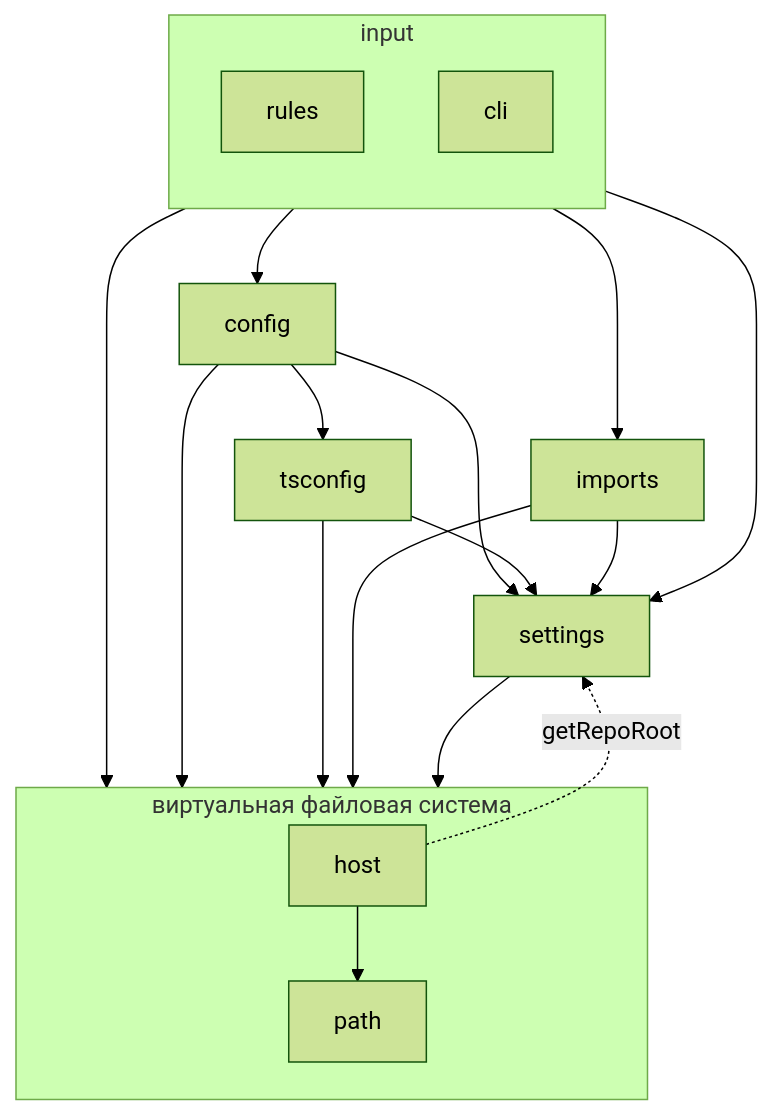
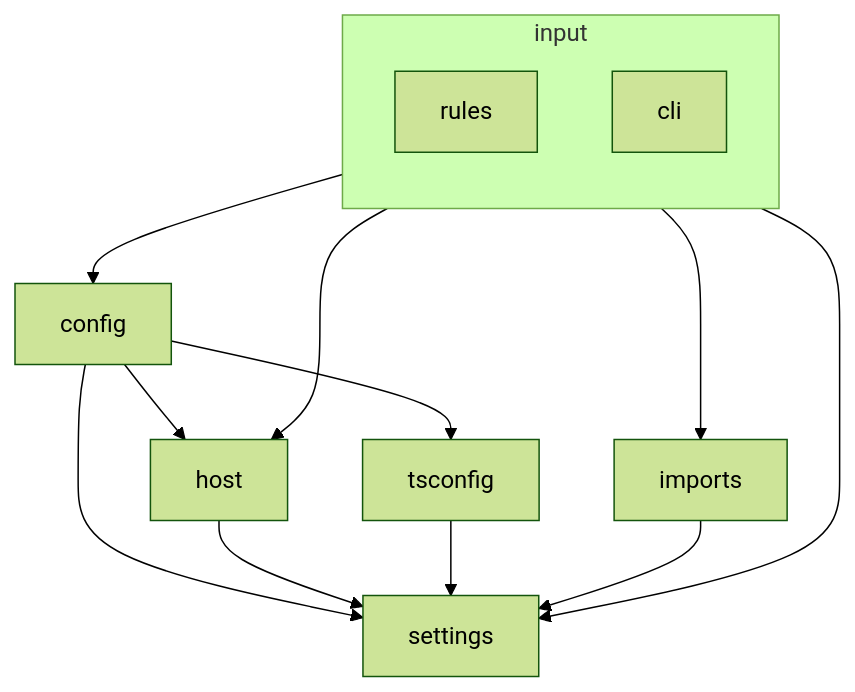
Before and after one commit to jt4d-lab/weld: the diagram in src/dependencies.md, drawn with Mermaid (forest theme).

Commit message:
docs: dependencies

````diff
--- a/src/dependencies.md
+++ b/src/dependencies.md
@@ -3,40 +3,30 @@
 ```mermaid
 flowchart TD
     subgraph input
         direction TB
 
         rules
 
         cli
     end
 
-    subgraph vfs["виртуальная файловая система"]
-        host
-        path
-    end
-
     tsconfig
     imports
     config
     settings
 
     input --> config
     input --> settings
     input --> imports
-    input --> vfs
+    input --> host
 
     config --> settings
     config --> tsconfig
-    config --> vfs
+    config --> host
 
-    host -. getRepoRoot .-> settings
-    host --> path
+    host --> settings
 
     tsconfig --> settings
-    tsconfig --> vfs
 
     imports --> settings
-    imports --> vfs
-
-    settings --> vfs
 ```
````
